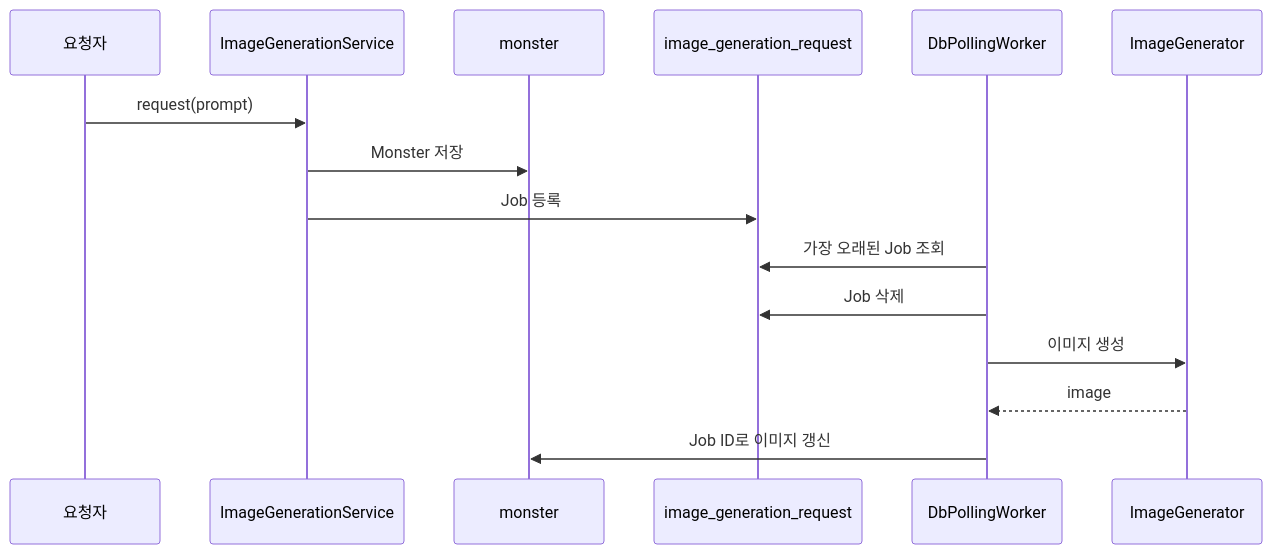
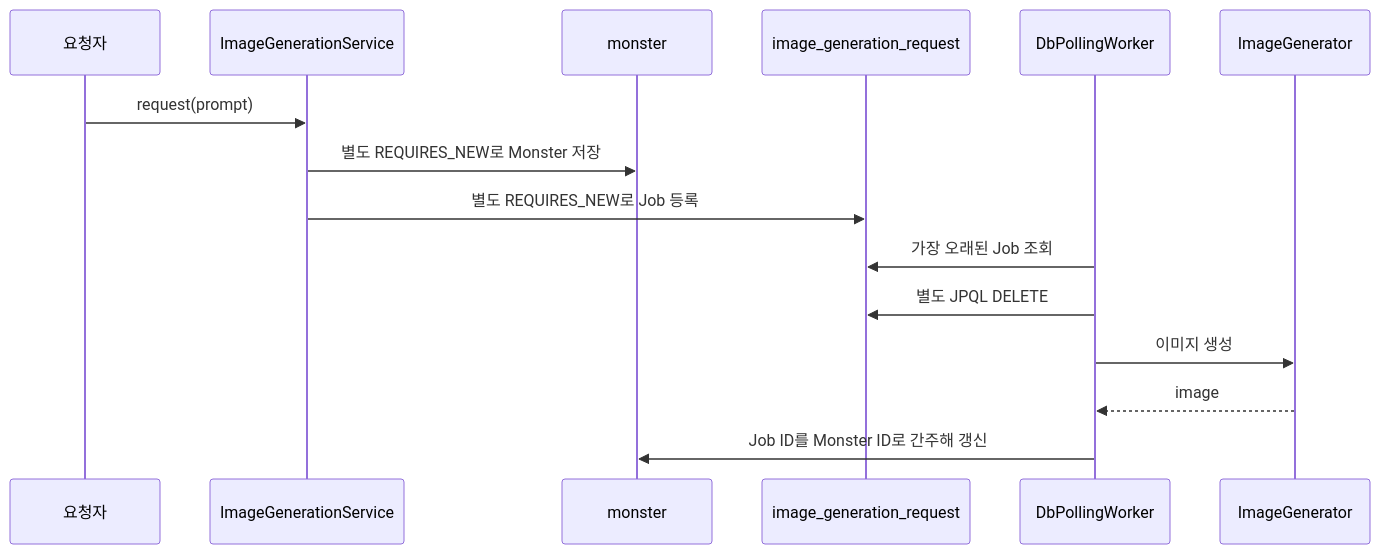
One commit to kangrae-jo/woowa-archive changed the diagram in technical-writing/02-minimal-db-polling/README.md. Above: the diagram before and after it, drawn with Mermaid. The commit also changed other lines of this file and 4 other files, not shown here.

````diff
--- a/technical-writing/02-minimal-db-polling/README.md
+++ b/technical-writing/02-minimal-db-polling/README.md
@@ -27,18 +24,18 @@
 ```mermaid
 sequenceDiagram
     participant C as 요청자
     participant S as ImageGenerationService
     participant M as monster
     participant J as image_generation_request
     participant W as DbPollingWorker
     participant G as ImageGenerator
 
     C->>S: request(prompt)
-    S->>M: Monster 저장
-    S->>J: Job 등록
+    S->>M: 별도 REQUIRES_NEW로 Monster 저장
+    S->>J: 별도 REQUIRES_NEW로 Job 등록
     W->>J: 가장 오래된 Job 조회
-    W->>J: Job 삭제
+    W->>J: 별도 JPQL DELETE
     W->>G: 이미지 생성
     G-->>W: image
-    W->>M: Job ID로 이미지 갱신
+    W->>M: Job ID를 Monster ID로 간주해 갱신
 ```
````
